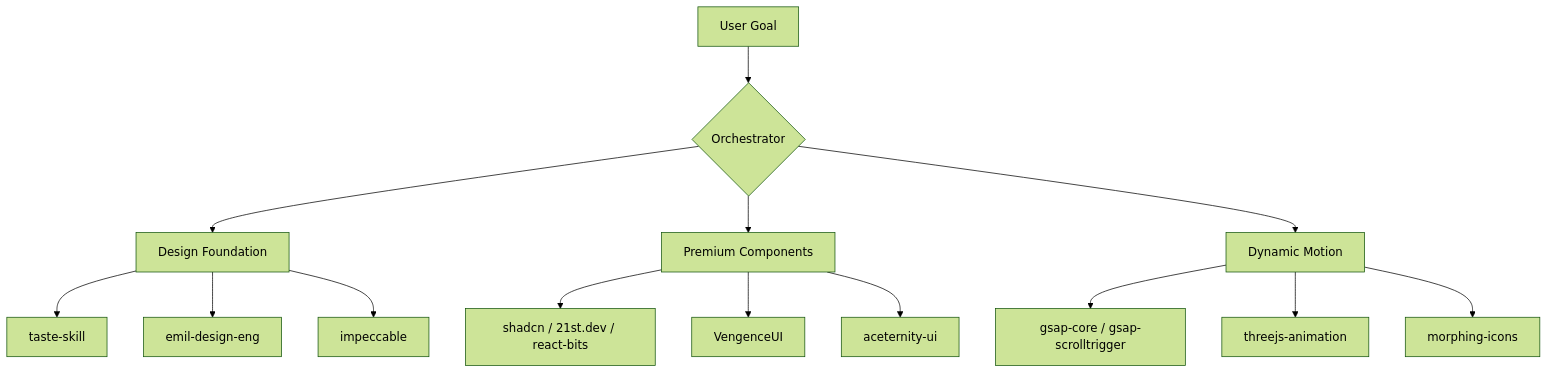
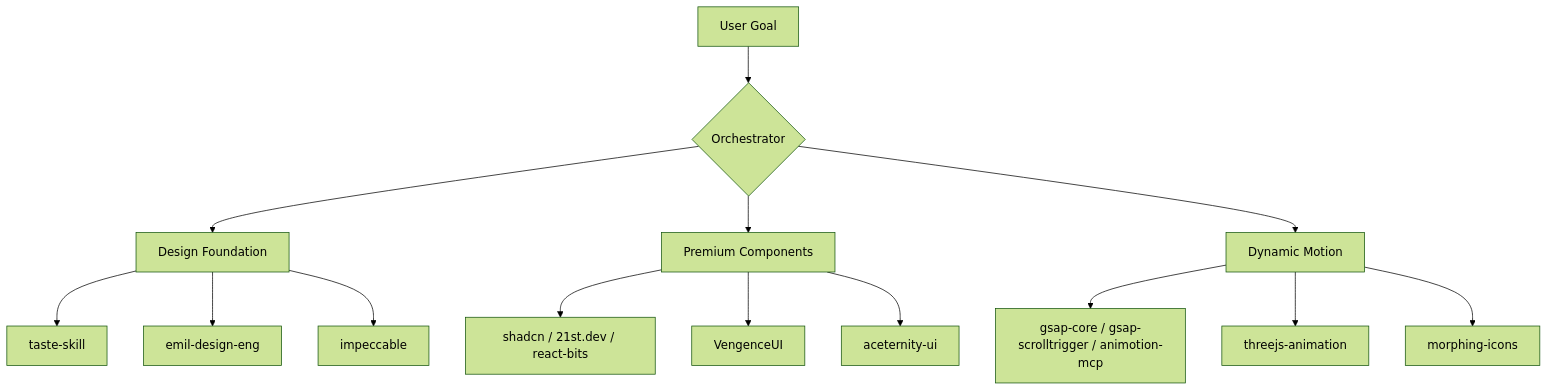
The diagram in SKILL.md (Raj1232309/Universal-mcp), drawn with Mermaid (forest theme) before and after one commit. The commit also changed other lines of this file, not shown here.

Commit message:
Update SKILL.md to include animotion-mcp animation library

````diff
--- a/SKILL.md
+++ b/SKILL.md
@@ -22,16 +22,16 @@
 ```mermaid
 graph TD
     A[User Goal] --> B{Orchestrator}
     B --> C[Design Foundation]
     B --> D[Premium Components]
     B --> E[Dynamic Motion]
     C --> C1[taste-skill]
     C --> C2[emil-design-eng]
     C --> C3[impeccable]
     D --> D1[shadcn / 21st.dev / react-bits]
     D --> D2[VengenceUI]
     D --> D3[aceternity-ui]
-    E --> E1[gsap-core / gsap-scrolltrigger]
+    E --> E1[gsap-core / gsap-scrolltrigger / animotion-mcp]
     E --> E2[threejs-animation]
     E --> E3[morphing-icons]
 ```
````
